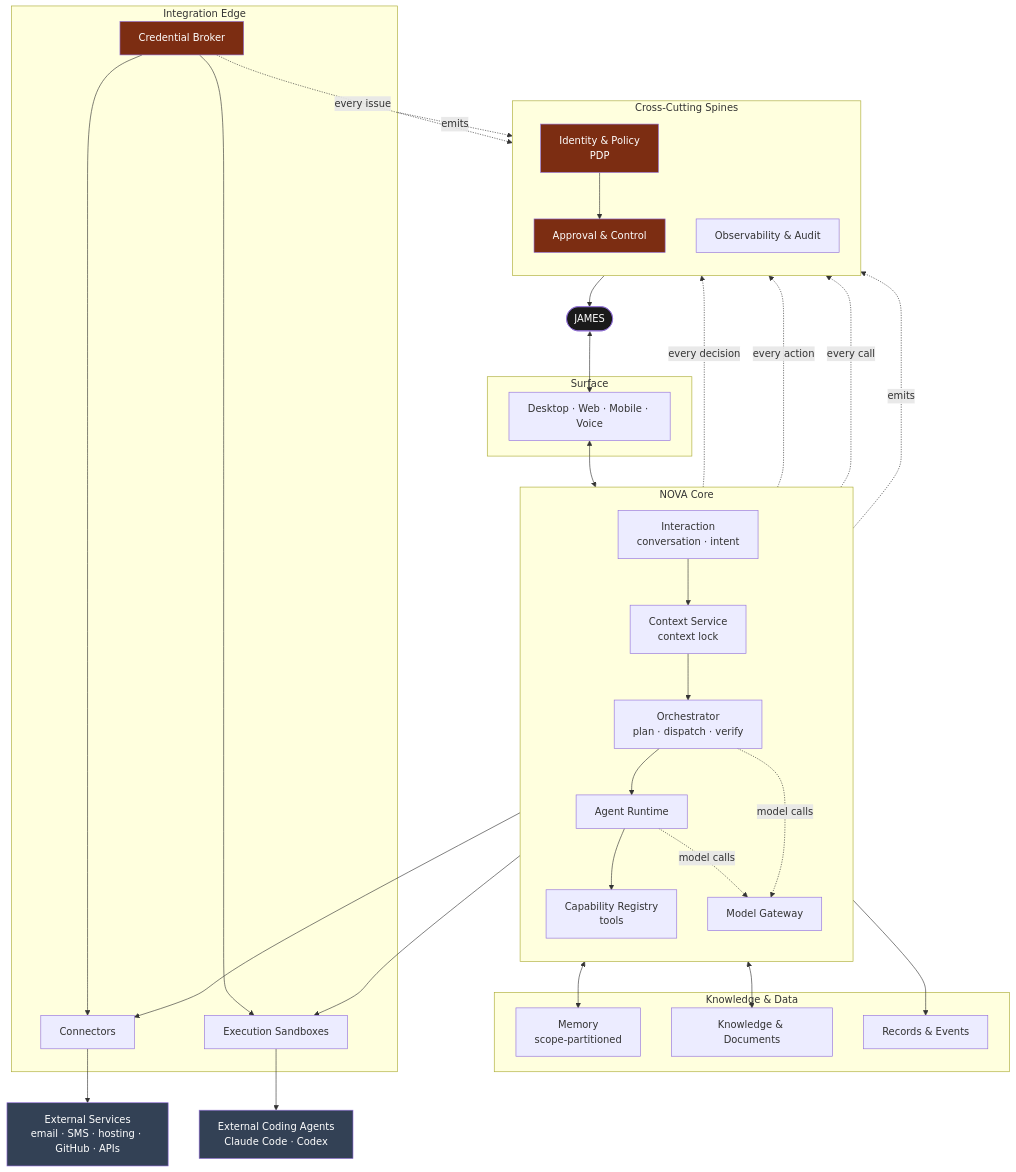
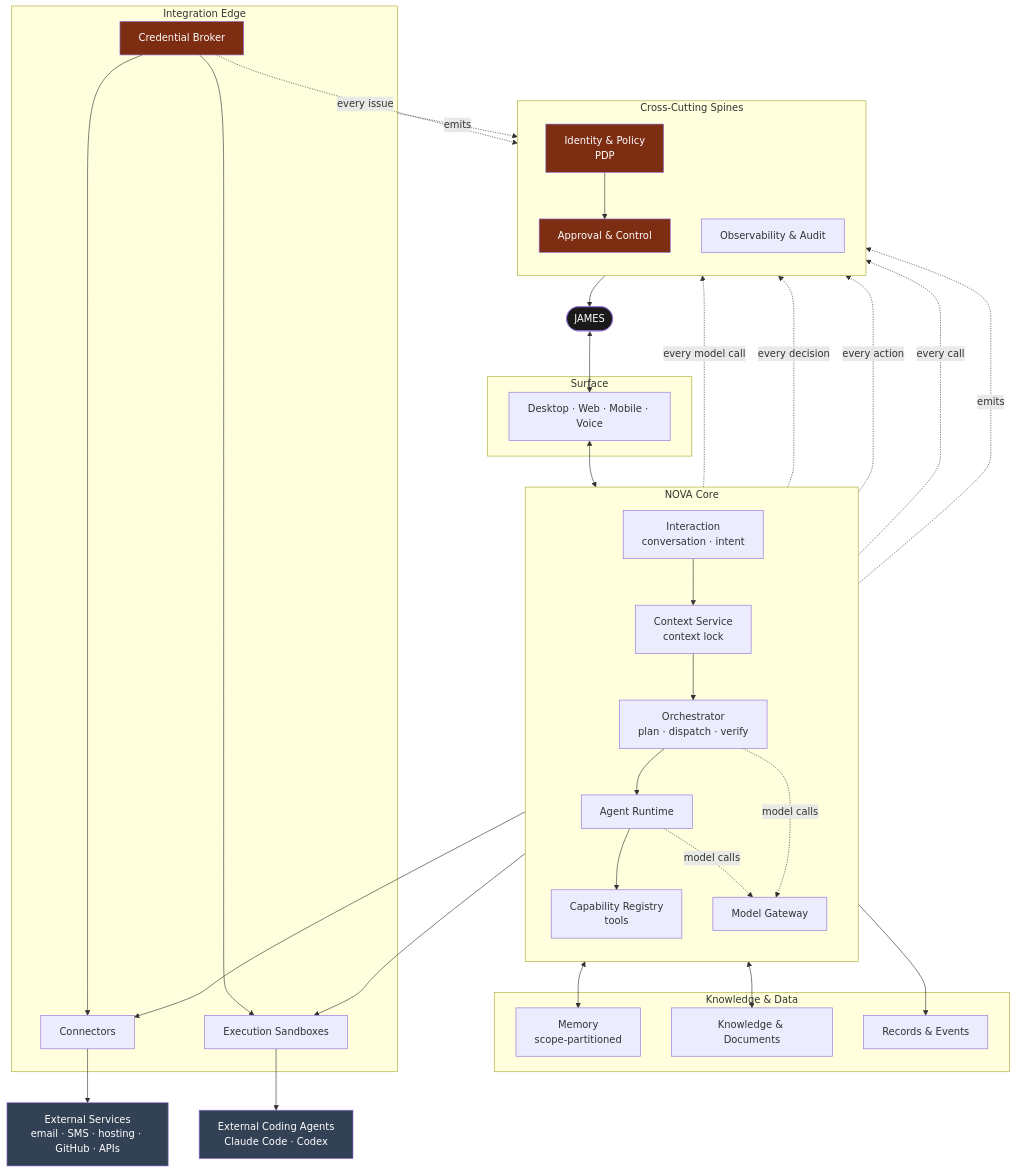
The first of 3 diagrams in docs/architecture/MASTER_ARCHITECTURE.md (Jamersontech/Nova), drawn with Mermaid before and after one commit. The commit also changed other lines of this file and 23 other files, not shown here.

First line of the commit message:
feat(section-5): AI architecture and model gateway

````diff
--- a/docs/architecture/MASTER_ARCHITECTURE.md
+++ b/docs/architecture/MASTER_ARCHITECTURE.md
@@ -137,75 +137,76 @@
 ```mermaid
 flowchart TB
     James(["JAMES"])
 
     subgraph SURF["Surface"]
         UI["Desktop · Web · Mobile · Voice"]
     end
 
     subgraph CORE["NOVA Core"]
         direction TB
         INT["Interaction<br/>conversation · intent"]
         CTX["Context Service<br/>context lock"]
         ORC["Orchestrator<br/>plan · dispatch · verify"]
         ART["Agent Runtime"]
         CAP["Capability Registry<br/>tools"]
         MGW["Model Gateway"]
     end
 
     subgraph SPINE["Cross-Cutting Spines"]
         direction TB
         POL["Identity &amp; Policy<br/>PDP"]
         APR["Approval &amp; Control"]
         OBS["Observability &amp; Audit"]
     end
 
     subgraph DATA["Knowledge &amp; Data"]
         MEM["Memory<br/>scope-partitioned"]
         KNW["Knowledge &amp; Documents"]
         REC["Records &amp; Events"]
     end
 
     subgraph EDGE["Integration Edge"]
         CRB["Credential Broker"]
         CON["Connectors"]
         SBX["Execution Sandboxes"]
     end
 
     EXT["External Services<br/>email · SMS · hosting · GitHub · APIs"]
     XAG["External Coding Agents<br/>Claude Code · Codex"]
 
     James <--> UI
     UI <--> INT
     INT --> CTX
     CTX --> ORC
     ORC --> ART
     ART --> CAP
     CAP --> CON
     CON --> EXT
     ORC -.model calls.-> MGW
     ART -.model calls.-> MGW
+    MGW -.every model call.-> POL
     CAP --> SBX
     SBX --> XAG
     CRB --> CON
     CRB --> SBX
 
     ORC -.every decision.-> POL
     ART -.every action.-> POL
     CAP -.every call.-> POL
     CRB -.every issue.-> POL
     POL --> APR
     APR --> James
 
     CORE -.emits.-> OBS
     EDGE -.emits.-> OBS
     ART <--> MEM
     ART <--> KNW
     CORE --> REC
 
     style James fill:#1a1a1a,color:#fff
     style POL fill:#7c2d12,color:#fff
     style APR fill:#7c2d12,color:#fff
     style CRB fill:#7c2d12,color:#fff
     style XAG fill:#334155,color:#fff
     style EXT fill:#334155,color:#fff
 ```
````
